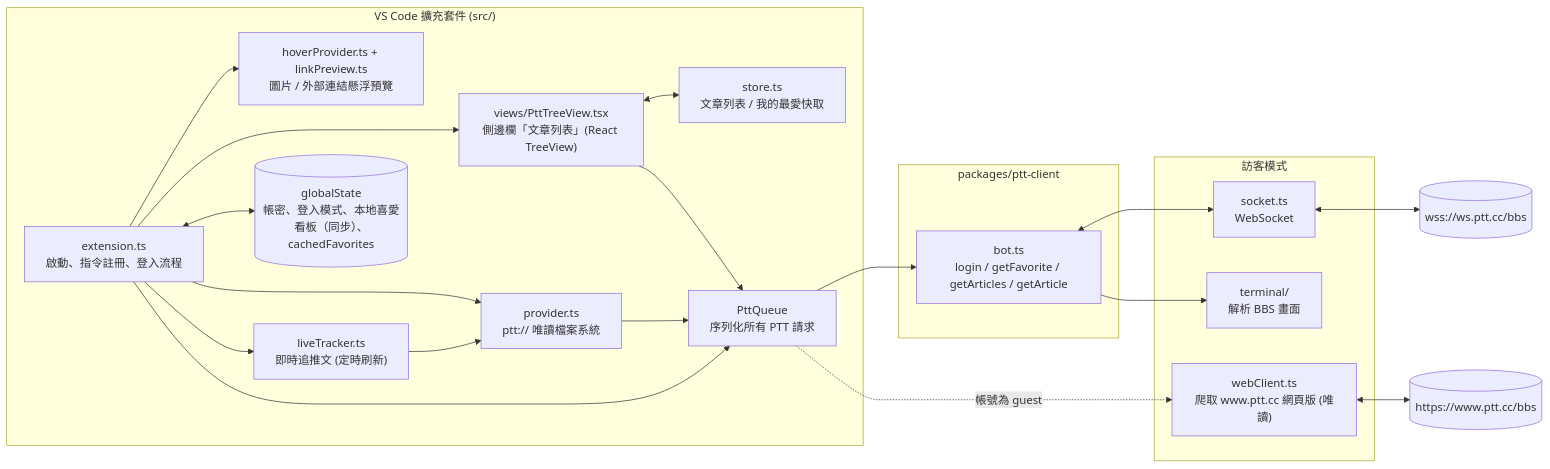
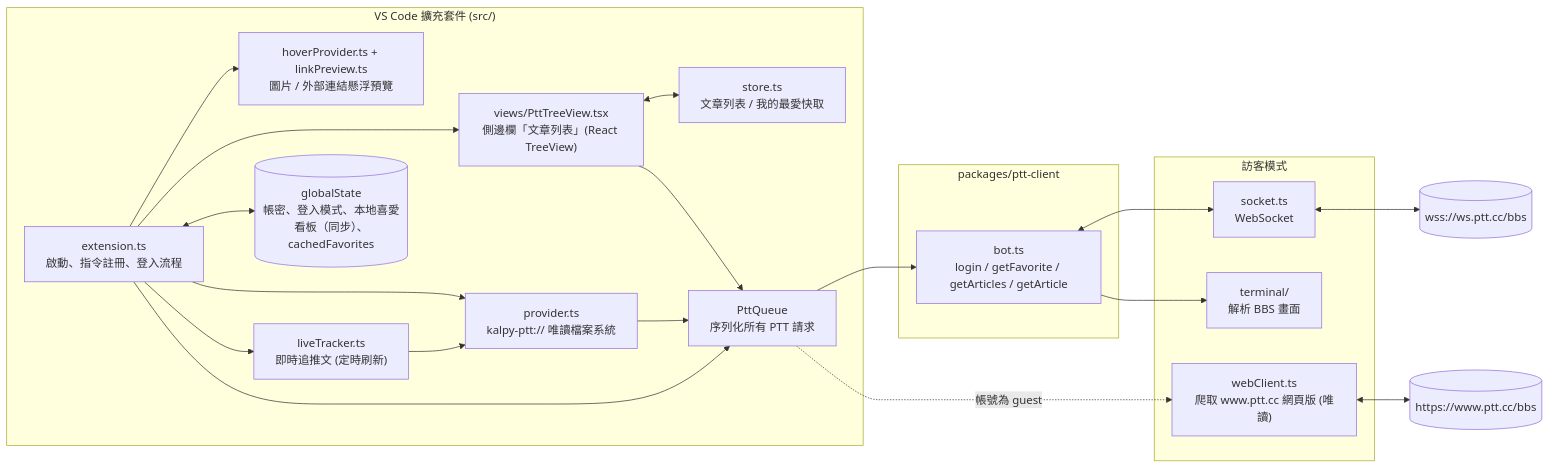
The first of 4 diagrams in docs/ARCHITECTURE.md (kalpy-HI/vscode-ptt), drawn with Mermaid before and after one commit. The commit also changed other lines of this file and 12 other files, not shown here.

````diff
--- a/docs/ARCHITECTURE.md
+++ b/docs/ARCHITECTURE.md
@@ -5,35 +5,35 @@
 ```mermaid
 flowchart LR
   subgraph VSCode["VS Code 擴充套件 (src/)"]
     EXT["extension.ts<br/>啟動、指令註冊、登入流程"]
     TREE["views/PttTreeView.tsx<br/>側邊欄「文章列表」(React TreeView)"]
-    FS["provider.ts<br/>ptt:// 唯讀檔案系統"]
+    FS["provider.ts<br/>kalpy-ptt:// 唯讀檔案系統"]
     HOVER["hoverProvider.ts + linkPreview.ts<br/>圖片 / 外部連結懸浮預覽"]
     LIVE["liveTracker.ts<br/>即時追推文 (定時刷新)"]
     STORE["store.ts<br/>文章列表 / 我的最愛快取"]
     Q["PttQueue<br/>序列化所有 PTT 請求"]
     GS[("globalState<br/>帳密、登入模式、本地喜愛看板（同步）、cachedFavorites")]
   end
 
   subgraph CLIENT["packages/ptt-client"]
     BOT["bot.ts<br/>login / getFavorite / getArticles / getArticle"]
   end
 
   subgraph WEB["訪客模式"]
     WC["webClient.ts<br/>爬取 www.ptt.cc 網頁版 (唯讀)"]
     TERM["terminal/<br/>解析 BBS 畫面"]
     SOCK["socket.ts<br/>WebSocket"]
   end
 
   PTT[("wss://ws.ptt.cc/bbs")]
   WWW[("https://www.ptt.cc/bbs")]
 
   EXT --> TREE & FS & HOVER & LIVE
   EXT <--> GS
   TREE <--> STORE
   TREE & FS & EXT --> Q --> BOT
   LIVE --> FS
   BOT --> TERM
   BOT <--> SOCK <--> PTT
   Q -. 帳號為 guest .-> WC <--> WWW
 ```
````
